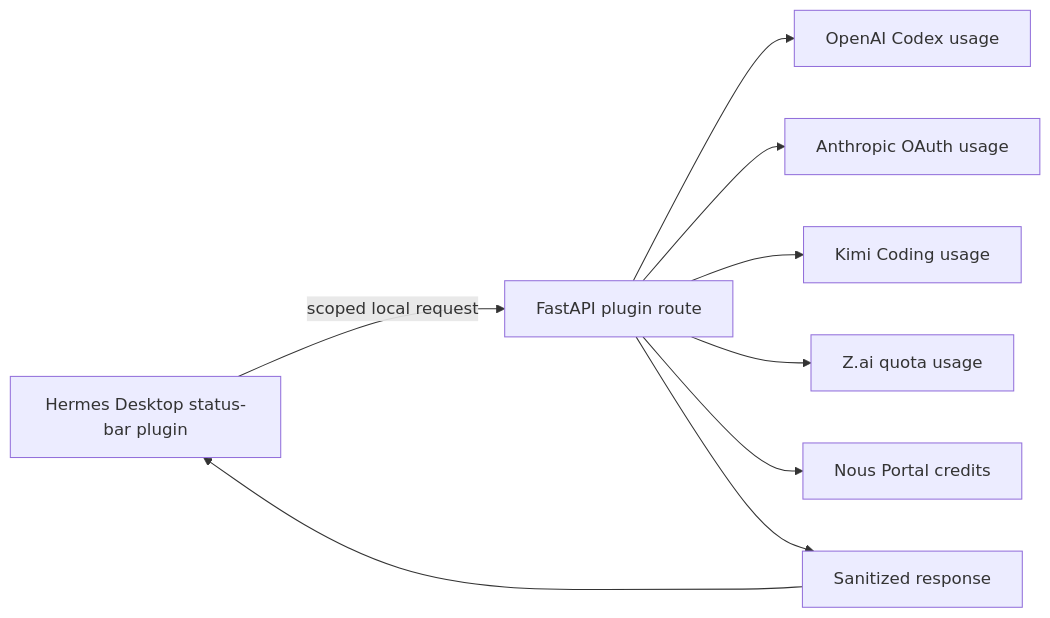
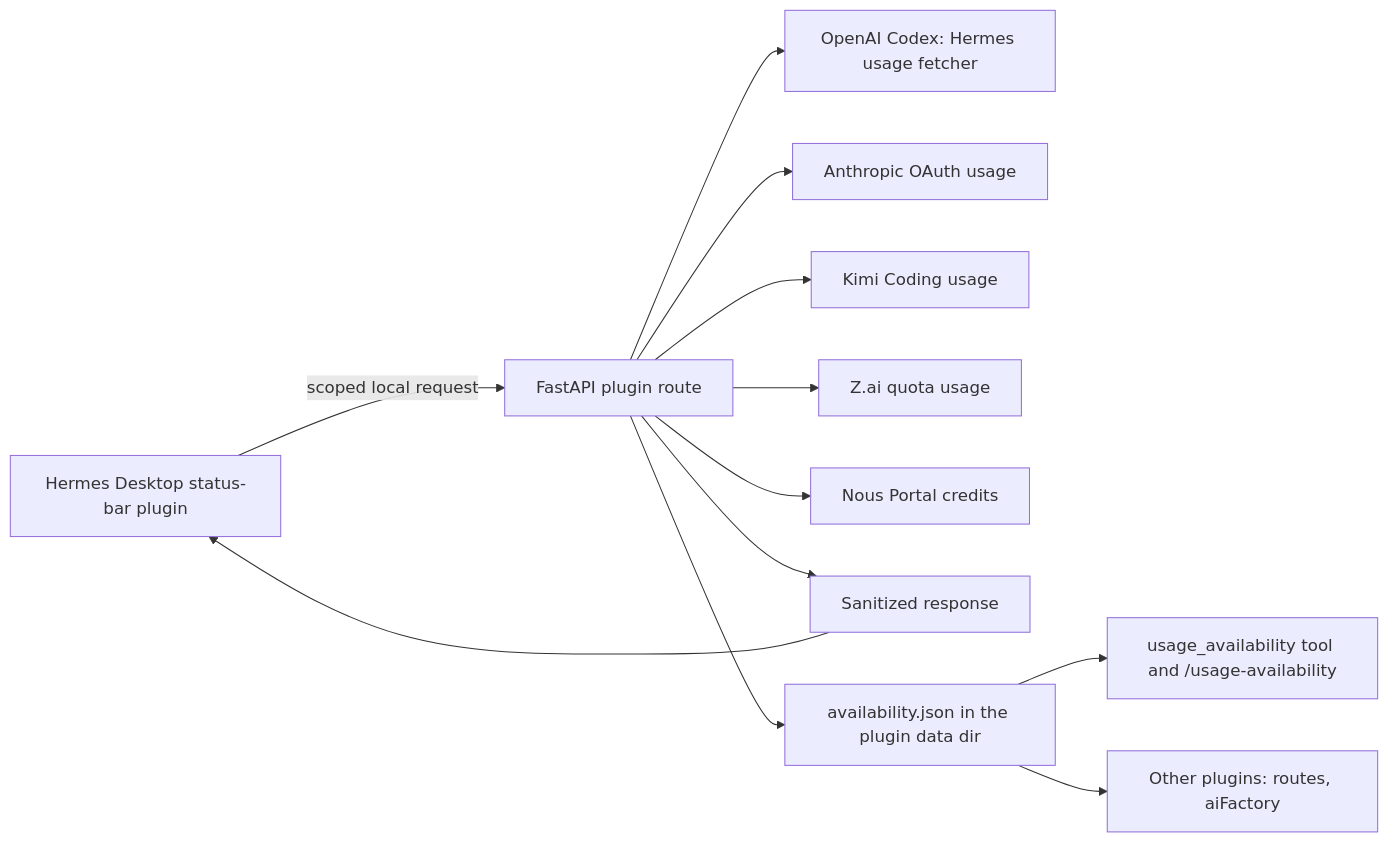
The diagram in docs/ARCHITECTURE.md (ForeverAfter/hermes-usage-dashboard), drawn with Mermaid before and after one commit. The commit also changed other lines of this file and 7 other files, not shown here.

````diff
--- a/docs/ARCHITECTURE.md
+++ b/docs/ARCHITECTURE.md
@@ -5,11 +5,14 @@
 ```mermaid
 flowchart LR
     UI[Hermes Desktop status-bar plugin] -->|scoped local request| API[FastAPI plugin route]
-    API --> C[OpenAI Codex usage]
+    API --> C[OpenAI Codex: Hermes usage fetcher]
     API --> A[Anthropic OAuth usage]
     API --> K[Kimi Coding usage]
     API --> Z[Z.ai quota usage]
     API --> N[Nous Portal credits]
     API --> S[Sanitized response]
     S --> UI
+    API --> F[availability.json in the plugin data dir]
+    F --> T[usage_availability tool and /usage-availability]
+    F --> O[Other plugins: routes, aiFactory]
 ```
````
